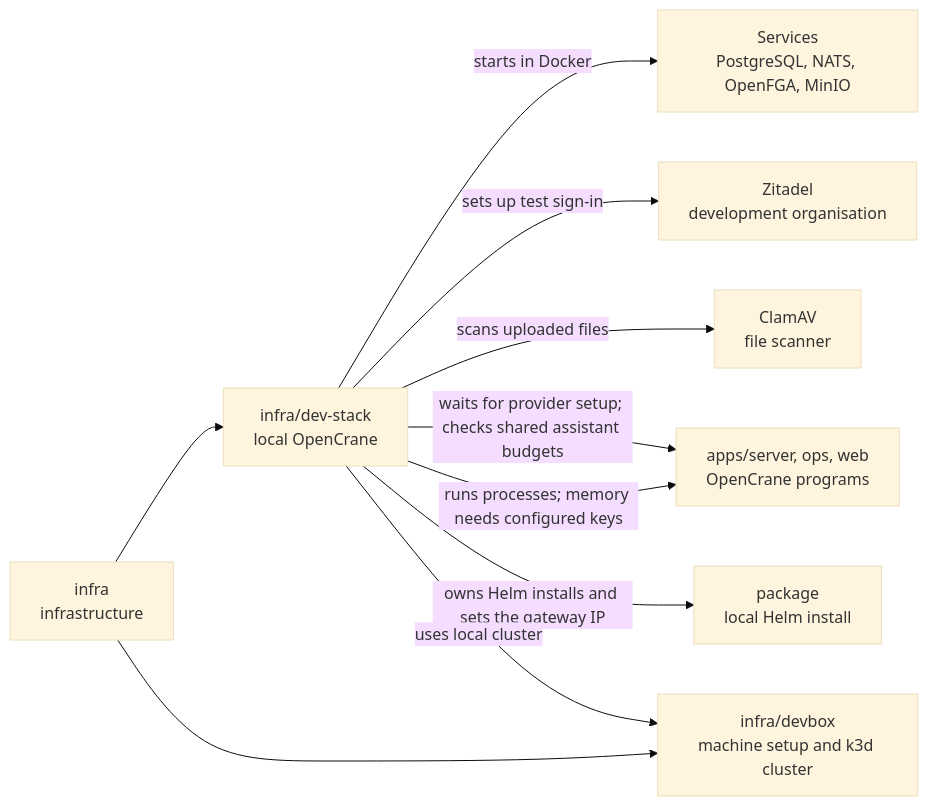
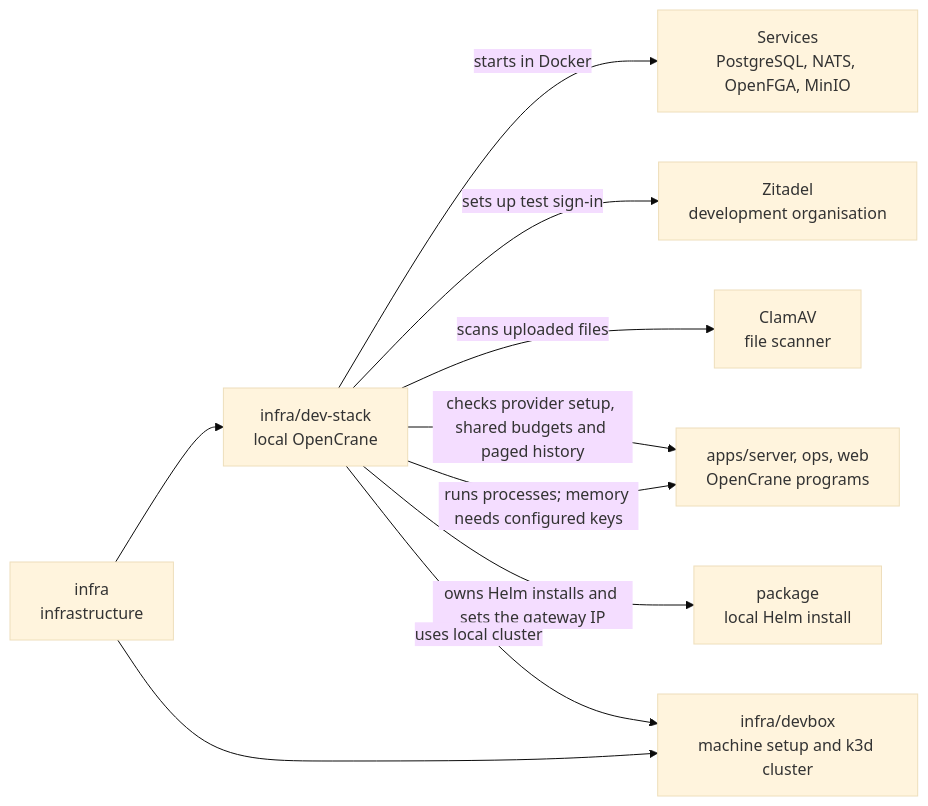
Before and after one commit to elewa-git/opencrane-new: the diagram in infra/dev-stack/README.md, drawn with Mermaid (base theme). The commit also changed other lines of this file and 4 other files, not shown here.

````diff
--- a/infra/dev-stack/README.md
+++ b/infra/dev-stack/README.md
@@ -15,12 +15,12 @@
 ```mermaid
 flowchart LR
   infra["infra<br/>infrastructure"] --> stack["infra/dev-stack<br/>local OpenCrane"]
   stack -->|starts in Docker| services["Services<br/>PostgreSQL, NATS, OpenFGA, MinIO"]
   stack -->|sets up test sign-in| zitadel["Zitadel<br/>development organisation"]
   stack -->|scans uploaded files| clamav["ClamAV<br/>file scanner"]
   stack -->|runs processes; memory needs configured keys| apps["apps/server, ops, web<br/>OpenCrane programs"]
   stack -->|owns Helm installs and sets the gateway IP| package["package<br/>local Helm install"]
-  stack -->|waits for provider setup; checks shared assistant budgets| apps
+  stack -->|checks provider setup, shared budgets and paged history| apps
   infra --> devbox["infra/devbox<br/>machine setup and k3d cluster"]
   stack -->|uses local cluster| devbox
 ```
````
